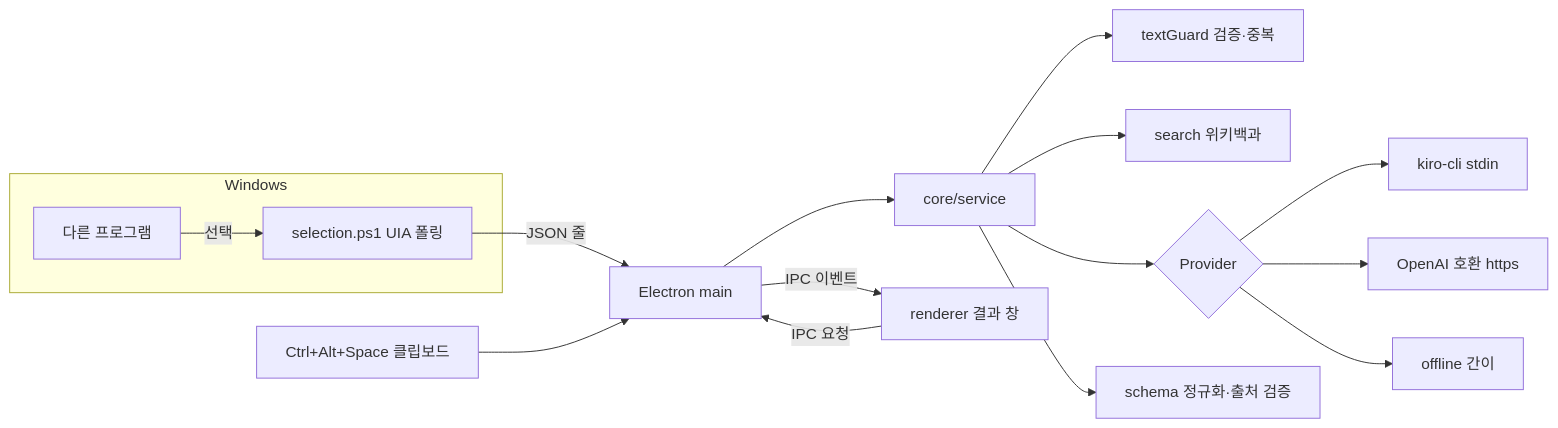
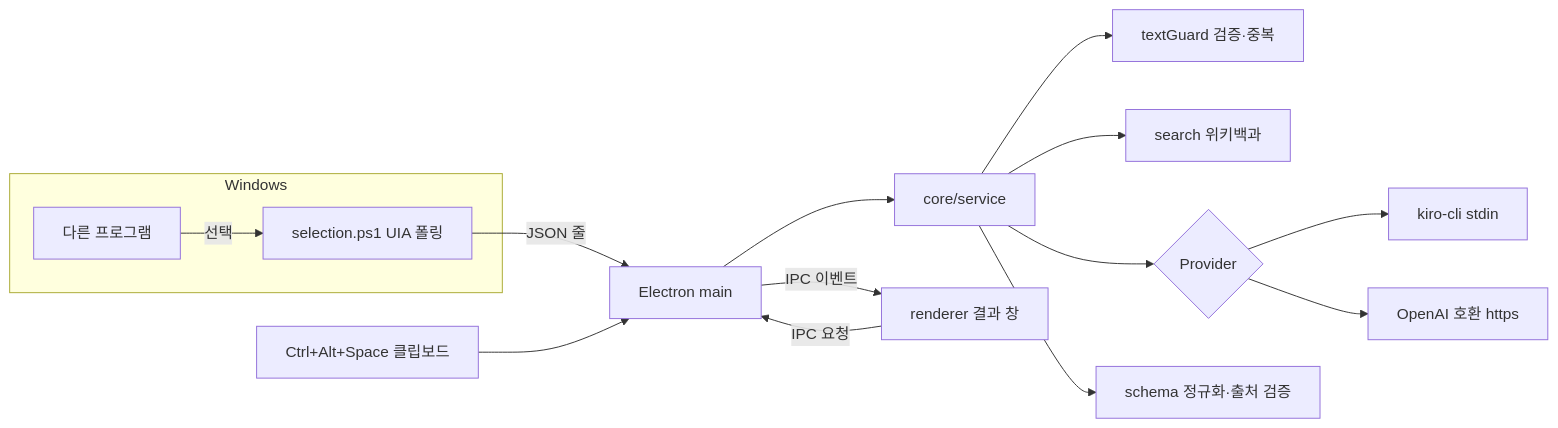
Before and after one commit to guswl03/kirothon-team-005: the diagram in .kiro/specs/conversation-cheatsheet/design.md, drawn with Mermaid. The commit also changed 35 other files, not shown here.

````diff
--- a/.kiro/specs/conversation-cheatsheet/design.md
+++ b/.kiro/specs/conversation-cheatsheet/design.md
@@ -9,18 +9,17 @@
 ```mermaid
 flowchart LR
   subgraph Win[Windows]
     APP[다른 프로그램] -- 선택 --> PS[selection.ps1 UIA 폴링]
   end
   PS -- JSON 줄 --> MAIN[Electron main]
   CLIP[Ctrl+Alt+Space 클립보드] --> MAIN
   MAIN --> SVC[core/service]
   SVC --> GUARD[textGuard 검증·중복]
   SVC --> SEARCH[search 위키백과]
   SVC --> PROV{Provider}
   PROV --> KIRO[kiro-cli stdin]
   PROV --> OAI[OpenAI 호환 https]
-  PROV --> OFF[offline 간이]
   SVC --> SCHEMA[schema 정규화·출처 검증]
   MAIN -- IPC 이벤트 --> UI[renderer 결과 창]
   UI -- IPC 요청 --> MAIN
 ```
````
